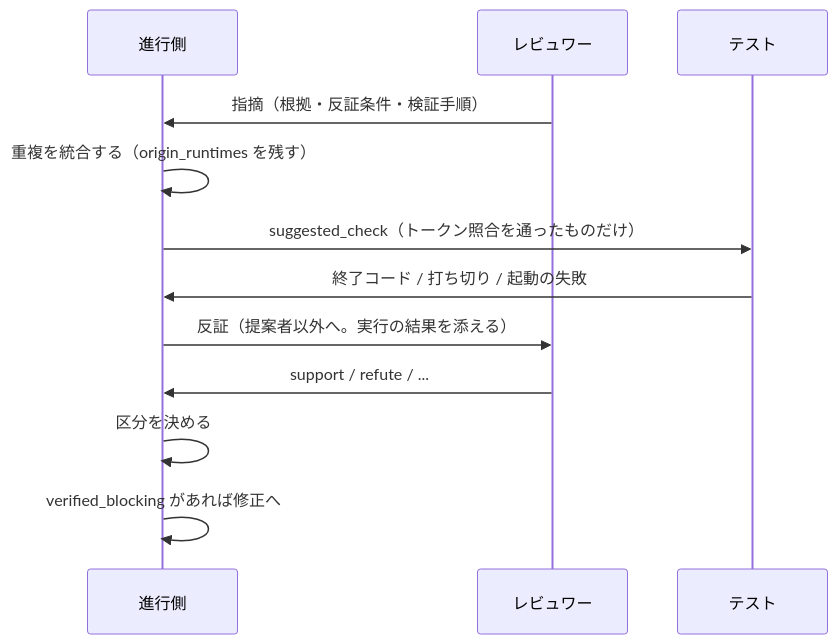
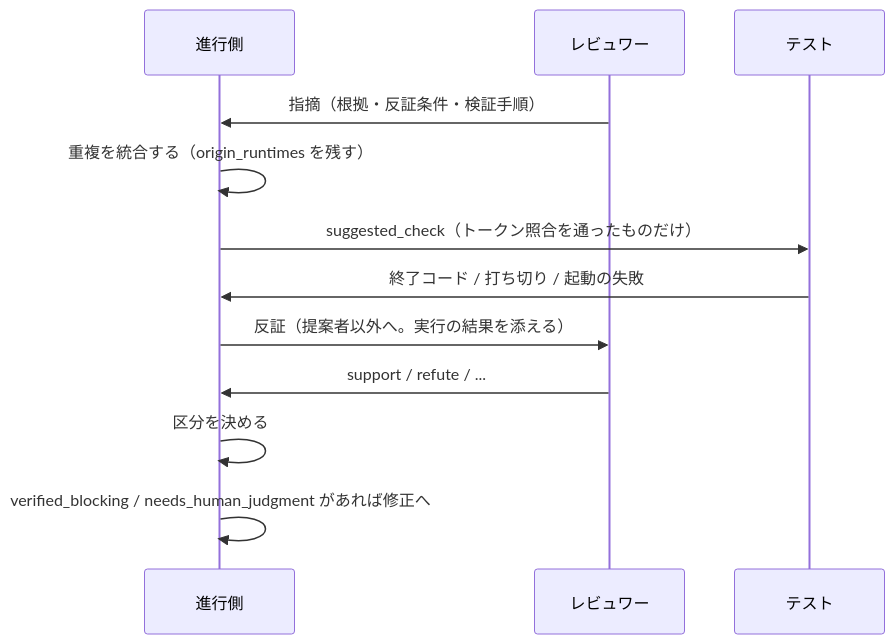
Before and after one commit to devbasex/ai-plugins: the second of 2 diagrams in issues/issue-156-pr3-design.md, drawn with Mermaid. The commit also changed other lines of this file, not shown here.

````diff
--- a/issues/issue-156-pr3-design.md
+++ b/issues/issue-156-pr3-design.md
@@ -246,14 +290,14 @@
 ```mermaid
 sequenceDiagram
     participant J as 進行側
     participant R as レビュワー
     participant T as テスト
     R->>J: 指摘（根拠・反証条件・検証手順）
     J->>J: 重複を統合する（origin_runtimes を残す）
     J->>T: suggested_check（トークン照合を通ったものだけ）
     T->>J: 終了コード / 打ち切り / 起動の失敗
     J->>R: 反証（提案者以外へ。実行の結果を添える）
     R->>J: support / refute / ...
     J->>J: 区分を決める
-    J->>J: verified_blocking があれば修正へ
+    J->>J: verified_blocking / needs_human_judgment があれば修正へ
 ```
````
